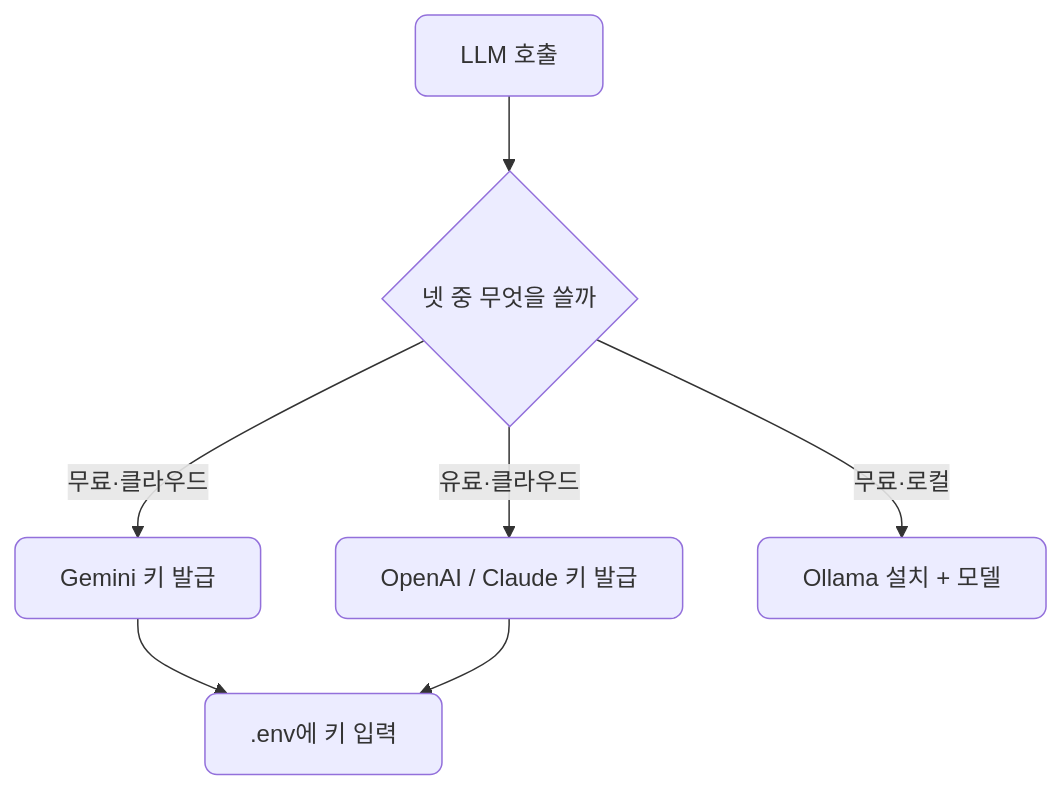
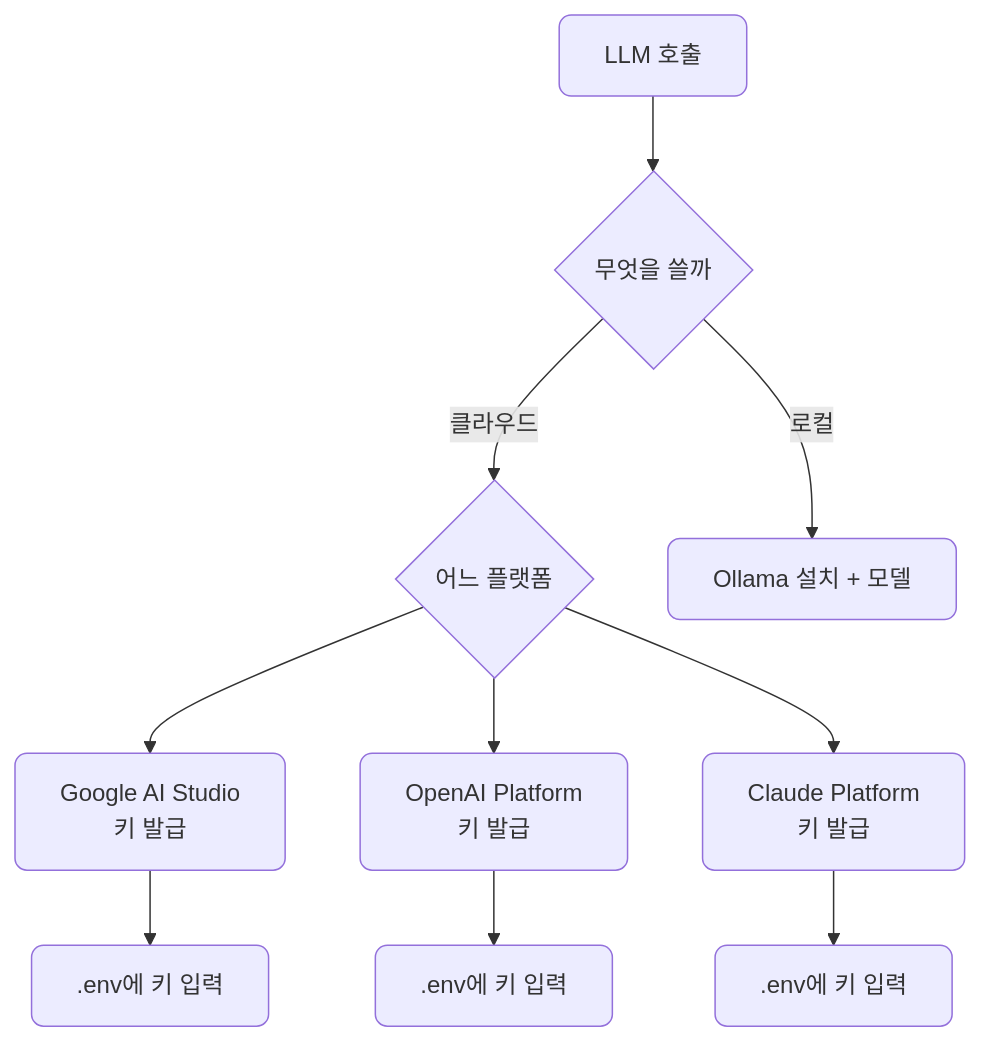
One commit to CodeCompose7/ai_service_engineering changed the third of 3 diagrams in docs/section1/lec01/README.md. Above: the diagram before and after it, drawn with Mermaid. The commit also changed other lines of this file, not shown here.

````diff
--- a/docs/section1/lec01/README.md
+++ b/docs/section1/lec01/README.md
@@ -122,10 +128,13 @@
 ```mermaid
 flowchart TB
-  START["LLM 호출"] --> Q{"넷 중 무엇을 쓸까"}
-  Q -->|"무료·클라우드"| G["Gemini 키 발급"]
-  Q -->|"유료·클라우드"| O["OpenAI / Claude 키 발급"]
-  Q -->|"무료·로컬"| L["Ollama 설치 + 모델"]
-  G --> ENVF[".env에 키 입력"]
-  O --> ENVF
+  START["LLM 호출"] --> Q{"무엇을 쓸까"}
+  Q -->|"클라우드"| CL{"어느 플랫폼"}
+  Q -->|"로컬"| L["Ollama 설치 + 모델"]
+  CL --> G["Google AI Studio<br/>키 발급"]
+  CL --> O["OpenAI Platform<br/>키 발급"]
+  CL --> C["Claude Platform<br/>키 발급"]
+  G --> GE[".env에 키 입력"]
+  O --> OE[".env에 키 입력"]
+  C --> CE[".env에 키 입력"]
   classDef default rx:8,ry:8;
 ```
````
